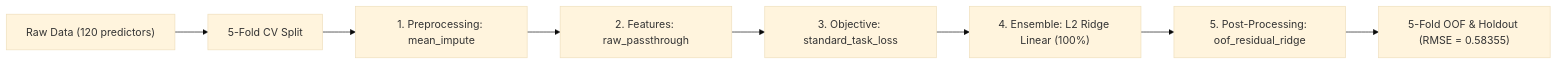
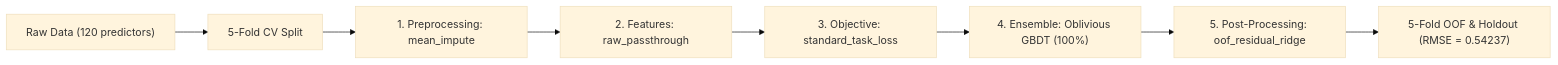
Before and after one commit to stefanoclss/UM-Game-Playing-Strength-of-MCTS-Variants: the diagram in README.md, drawn with Mermaid (base theme). The commit also changed other lines of this file, not shown here.

First line of the commit message:
docs(readme): refresh verified OOF benchmark & build ledger (RMSE=0.54237)

````diff
--- a/README.md
+++ b/README.md
@@ -71,10 +72,10 @@
 ```mermaid
 flowchart LR
     DATA["Raw Data (120 predictors)"] --> SPLIT["5-Fold CV Split"]
     SPLIT --> PRE["1. Preprocessing: mean_impute"]
     PRE --> FEAT["2. Features: raw_passthrough"]
     FEAT --> OBJ["3. Objective: standard_task_loss"]
-    OBJ --> M0["4. Ensemble: L2 Ridge Linear (100%)"]
+    OBJ --> M0["4. Ensemble: Oblivious GBDT (100%)"]
     M0 --> POST["5. Post-Processing: oof_residual_ridge"]
-    POST --> OUT["5-Fold OOF & Holdout (RMSE = 0.58355)"]
+    POST --> OUT["5-Fold OOF & Holdout (RMSE = 0.54237)"]
 ```
````
